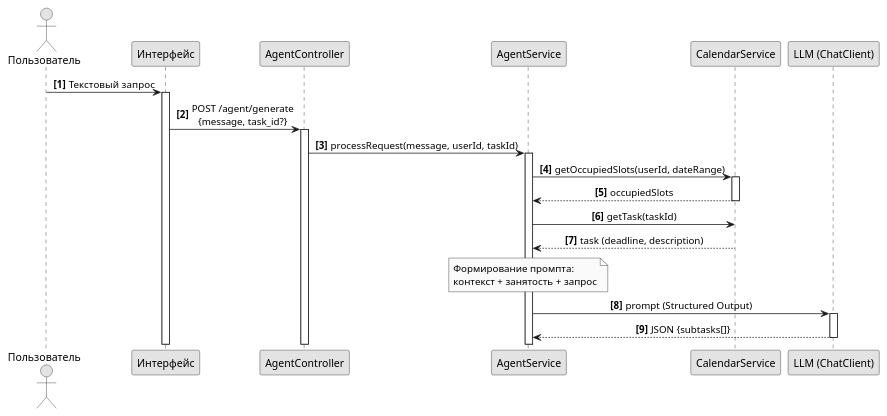
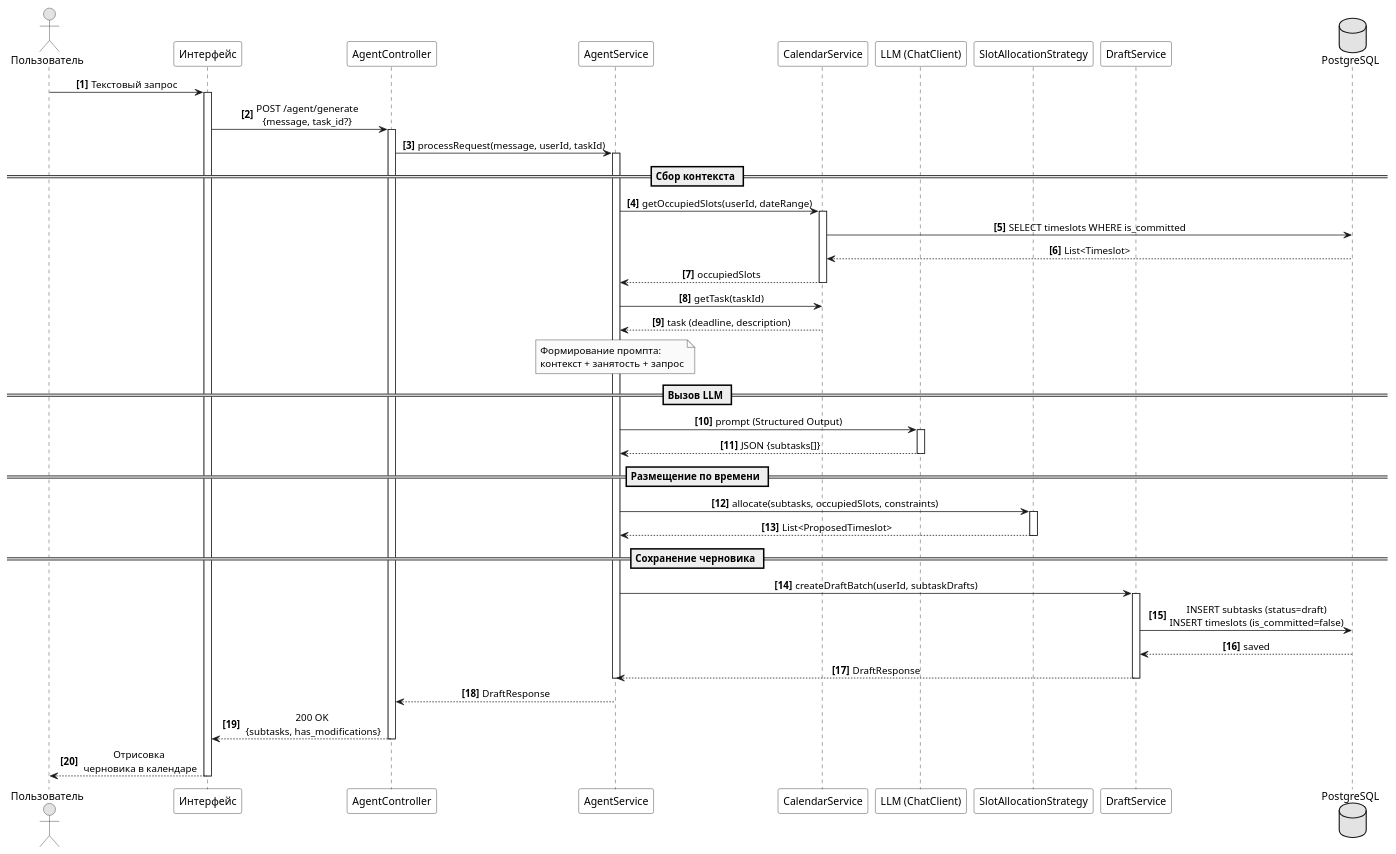
Before and after one commit to Hohichh/Diploma-project-notes: the diagram in diagrams/v2/seq/seq_gen_v2_p1.puml, drawn with PlantUML. The commit also changed 58 other files, not shown here.

```diff
--- a/diagrams/v2/seq/seq_gen_v2_p1.puml
+++ b/diagrams/v2/seq/seq_gen_v2_p1.puml
@@ -1,38 +1,71 @@
 @startuml
 skinparam monochrome true
 skinparam shadowing false
 skinparam sequenceMessageAlign center
 skinparam defaultFontName Arial
+skinparam ParticipantBackgroundColor transparent
 
 autonumber "<b>[0]</b>"
 
 actor "Пользователь" as User
 participant "Интерфейс" as UI
 participant "AgentController" as Ctrl
 participant "AgentService" as Agent
 participant "CalendarService" as Calendar
 participant "LLM (ChatClient)" as LLM
+participant "SlotAllocationStrategy" as Algo
+participant "DraftService" as Draft
+database "PostgreSQL" as DB
 
 User -> UI : Текстовый запрос
 activate UI
 UI -> Ctrl : POST /agent/generate\n{message, task_id?}
 activate Ctrl
 Ctrl -> Agent : processRequest(message, userId, taskId)
 activate Agent
 
+== Сбор контекста ==
+
 Agent -> Calendar : getOccupiedSlots(userId, dateRange)
 activate Calendar
+Calendar -> DB : SELECT timeslots WHERE is_committed
+DB --> Calendar : List<Timeslot>
 Calendar --> Agent : occupiedSlots
 deactivate Calendar
 
 Agent -> Calendar : getTask(taskId)
 Calendar --> Agent : task (deadline, description)
 
 note over Agent : Формирование промпта:\nконтекст + занятость + запрос
 
+== Вызов LLM ==
+
 Agent -> LLM : prompt (Structured Output)
 activate LLM
 LLM --> Agent : JSON {subtasks[]}
 deactivate LLM
 
+== Размещение по времени ==
+
+Agent -> Algo : allocate(subtasks, occupiedSlots, constraints)
+activate Algo
+Algo --> Agent : List<ProposedTimeslot>
+deactivate Algo
+
+== Сохранение черновика ==
+
+Agent -> Draft : createDraftBatch(userId, subtaskDrafts)
+activate Draft
+Draft -> DB : INSERT subtasks (status=draft)\nINSERT timeslots (is_committed=false)
+DB --> Draft : saved
+Draft --> Agent : DraftResponse
+deactivate Draft
+
+deactivate Agent
+Agent --> Ctrl : DraftResponse
+Ctrl --> UI : 200 OK\n {subtasks, has_modifications}
+deactivate Ctrl
+UI --> User : Отрисовка\n черновика в календаре
+deactivate UI
+
 @enduml
```
